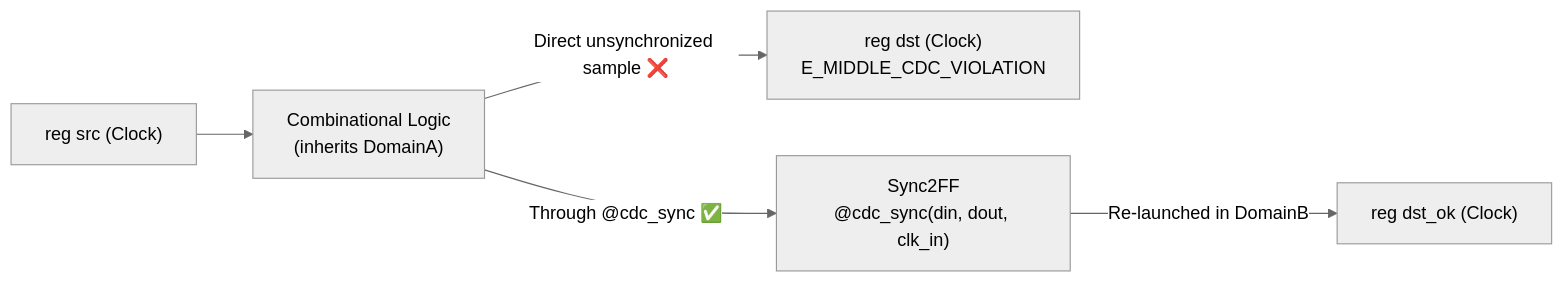
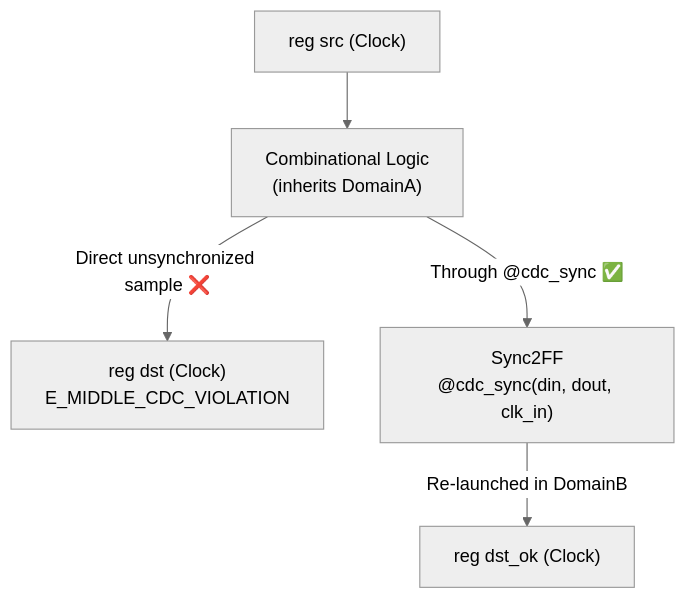
Before and after one commit to syllang/docs: the diagram in docs/explanation/cdc-and-reset-domains.mdx, drawn with Mermaid (neutral theme). The commit also changed 77 other files, not shown here.

First line of the commit message:
docs(docs+scripts): remove meta-phrasing, use vertical flowcharts, and keep links same-locale (#12)

````diff
--- a/docs/explanation/cdc-and-reset-domains.mdx
+++ b/docs/explanation/cdc-and-reset-domains.mdx
@@ -32,7 +32,7 @@
 ```mermaid
-flowchart LR
+flowchart TB
     RegA["reg src (Clock<DomainA>)"] --> Comb["Combinational Logic\n(inherits DomainA)"]
     Comb -->|"Direct unsynchronized sample ❌"| RegB["reg dst (Clock<DomainB>)\nE_MIDDLE_CDC_VIOLATION"]
     Comb -->|"Through @cdc_sync ✅"| Sync["Sync2FF\n@cdc_sync(din, dout, clk_in)"]
     Sync -->|"Re-launched in DomainB"| RegC["reg dst_ok (Clock<DomainB>)"]
 ```
````
